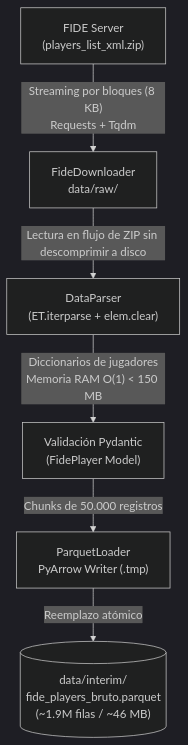
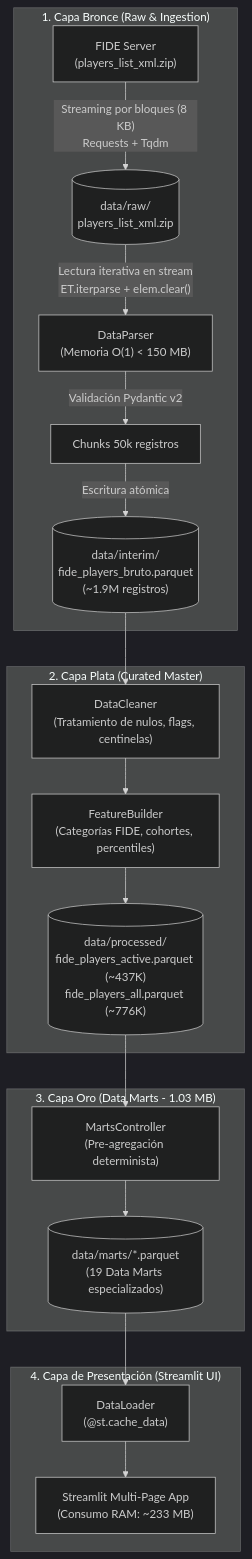
Before and after one commit to Entropy-v0/Kepler-ChessAnalytics: the diagram in README.md, drawn with Mermaid (dark theme). The commit also changed other lines of this file and 55 other files, not shown here.

First line of the commit message:
feat: implementar arquitectura medallion, marts capa oro y optimizacion de alto rendimiento

````diff
--- a/README.md
+++ b/README.md
@@ -33,8 +30,25 @@
 ```mermaid
 flowchart TD
-    A["FIDE Server\n(players_list_xml.zip)"] -->|"Streaming por bloques (8 KB)\nRequests + Tqdm"| B["FideDownloader\ndata/raw/"]
-    B -->|"Lectura en flujo de ZIP sin descomprimir a disco"| C["DataParser\n(ET.iterparse + elem.clear)"]
-    C -->|"Diccionarios de jugadores\nMemoria RAM O(1) < 150 MB"| D["Validación Pydantic\n(FidePlayer Model)"]
-    D -->|"Chunks de 50.000 registros"| E["ParquetLoader\nPyArrow Writer (.tmp)"]
-    E -->|"Reemplazo atómico"| F[("data/interim/\nfide_players_bruto.parquet\n(~1.9M filas / ~46 MB)")]
+    subgraph Bronze["1. Capa Bronce (Raw & Ingestion)"]
+        FIDE["FIDE Server\n(players_list_xml.zip)"] -->|"Streaming por bloques (8 KB)\nRequests + Tqdm"| RAW[("data/raw/\nplayers_list_xml.zip")]
+        RAW -->|"Lectura iterativa en stream\nET.iterparse + elem.clear()"| PARSER["DataParser\n(Memoria O(1) < 150 MB)"]
+        PARSER -->|"Validación Pydantic v2"| CHUNKS["Chunks 50k registros"]
+        CHUNKS -->|"Escritura atómica"| INTERIM[("data/interim/\nfide_players_bruto.parquet\n(~1.9M registros)")]
+    end
+
+    subgraph Silver["2. Capa Plata (Curated Master)"]
+        INTERIM --> CLEANER["DataCleaner\n(Tratamiento de nulos, flags, centinelas)"]
+        CLEANER --> FEATURES["FeatureBuilder\n(Categorías FIDE, cohortes, percentiles)"]
+        FEATURES --> PROCESSED[("data/processed/\nfide_players_active.parquet (~437K)\nfide_players_all.parquet (~776K)")]
+    end
+
+    subgraph Gold["3. Capa Oro (Data Marts - 1.03 MB)"]
+        PROCESSED --> MARTS_CTRL["MartsController\n(Pre-agregación determinista)"]
+        MARTS_CTRL --> MARTS[("data/marts/*.parquet\n(19 Data Marts especializados)")]
+    end
+
+    subgraph Presentation["4. Capa de Presentación (Streamlit UI)"]
+        MARTS --> LOAD["DataLoader\n(@st.cache_data)"]
+        LOAD --> APP["Streamlit Multi-Page App\n(Consumo RAM: ~233 MB)"]
+    end
 ```
````
